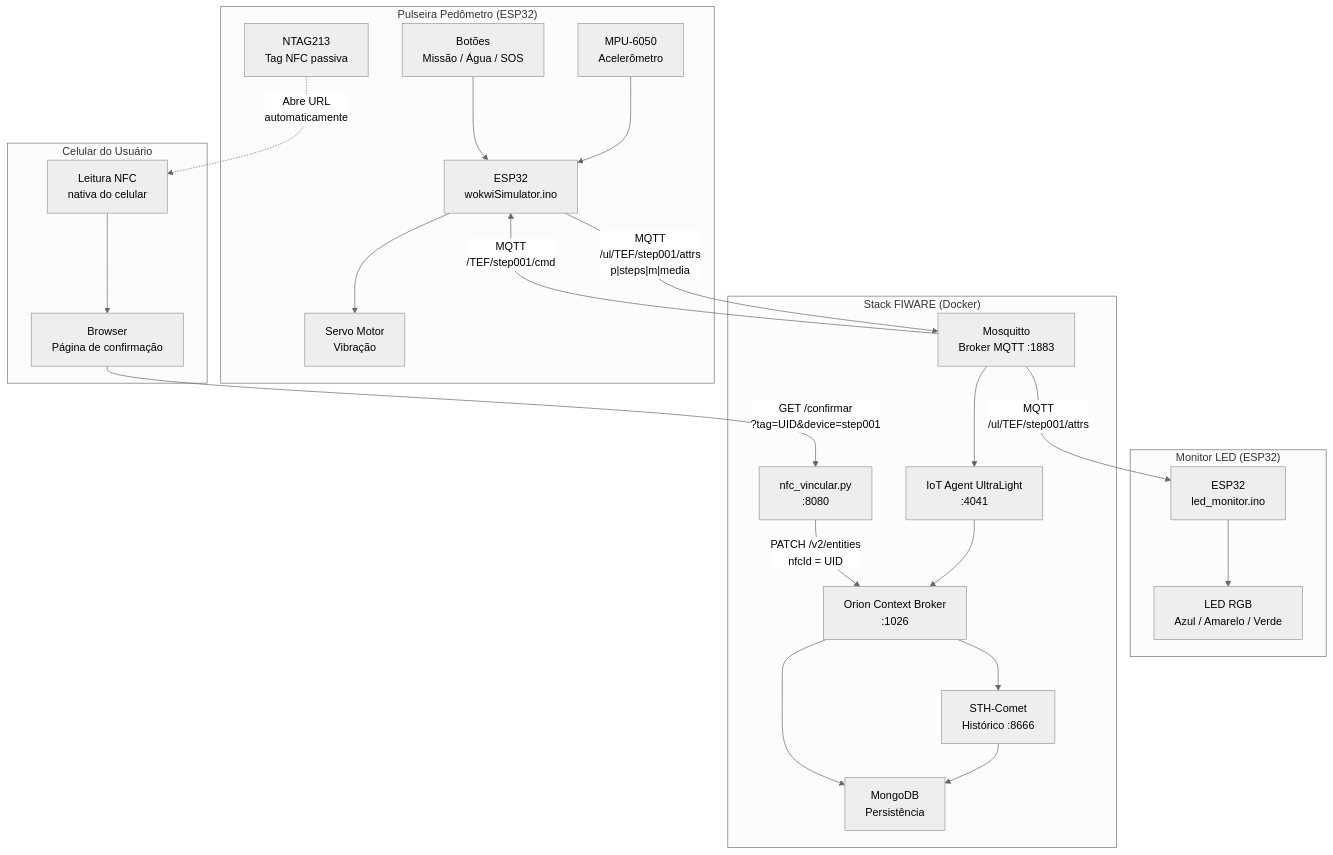
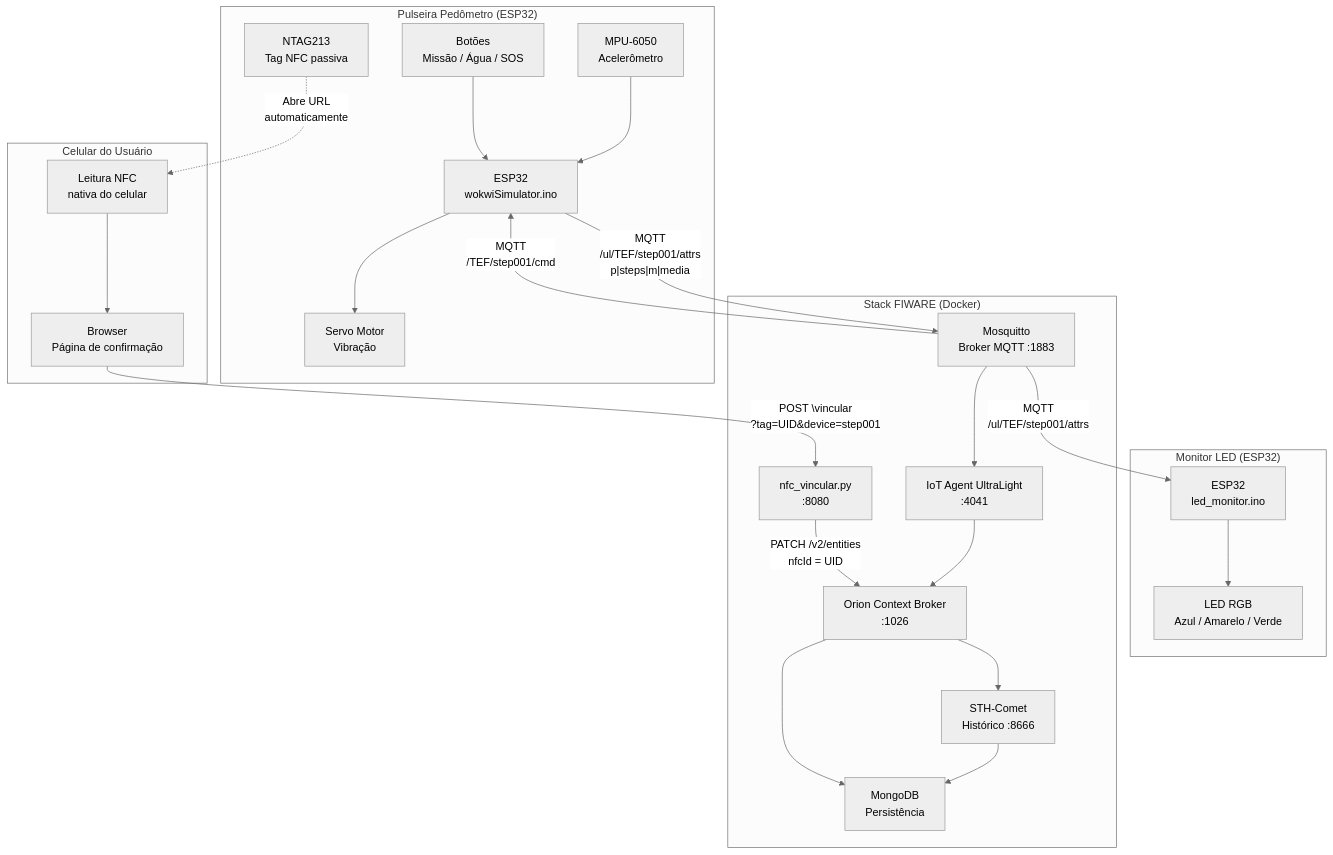
One commit to FelipeMenezes937/CarePlus-Sprint2-Edge changed the diagram in README.md. Above: the diagram before and after it, drawn with Mermaid (neutral theme). The commit also changed other lines of this file and 28 other files, not shown here.

````diff
--- a/README.md
+++ b/README.md
@@ -9,48 +9,48 @@
 ```mermaid
 flowchart TD
     subgraph PULSEIRA["Pulseira Pedômetro (ESP32)"]
         MPU["MPU-6050\nAcelerômetro"]
         SERVO["Servo Motor\nVibração"]
         BTNS["Botões\nMissão / Água / SOS"]
         TAG["NTAG213\nTag NFC passiva"]
         ESP1["ESP32\nwokwiSimulator.ino"]
         MPU --> ESP1
         BTNS --> ESP1
         ESP1 --> SERVO
     end
 
     subgraph MONITOR["Monitor LED (ESP32)"]
         ESP2["ESP32\nled_monitor.ino"]
         LED["LED RGB\nAzul / Amarelo / Verde"]
         ESP2 --> LED
     end
 
     subgraph CELULAR["Celular do Usuário"]
         NFC["Leitura NFC\nnativa do celular"]
         BROWSER["Browser\nPágina de confirmação"]
         NFC --> BROWSER
     end
 
     subgraph FIWARE["Stack FIWARE (Docker)"]
         MOSQUITTO["Mosquitto\nBroker MQTT :1883"]
         IOTA["IoT Agent UltraLight\n:4041"]
         ORION["Orion Context Broker\n:1026"]
         STH["STH-Comet\nHistórico :8666"]
         MONGO["MongoDB\nPersistência"]
         NFC_SRV["nfc_vincular.py\n:8080"]
 
         MOSQUITTO --> IOTA
         IOTA --> ORION
         ORION --> STH
         STH --> MONGO
         ORION --> MONGO
     end
 
     ESP1 -- "MQTT\n/ul/TEF/step001/attrs\np|steps|m|media" --> MOSQUITTO
     MOSQUITTO -- "MQTT\n/TEF/step001/cmd" --> ESP1
     MOSQUITTO -- "MQTT\n/ul/TEF/step001/attrs" --> ESP2
 
     TAG -. "Abre URL\nautomaticamente" .-> NFC
-    BROWSER -- "GET /confirmar\n?tag=UID&device=step001" --> NFC_SRV
+    BROWSER -- "POST \vincular\n?tag=UID&device=step001" --> NFC_SRV
     NFC_SRV -- "PATCH /v2/entities\nnfcId = UID" --> ORION
 ```
````
